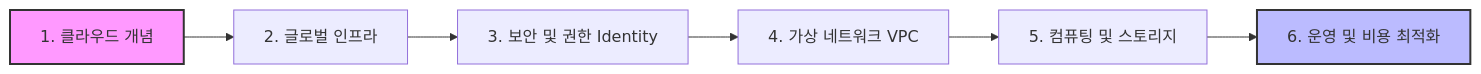
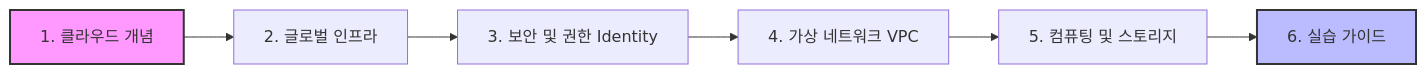
One commit to naaamgi/naaamgi.github.io changed the first of 6 diagrams in _posts/sk/cloud/2025-12-03-cloud_part1_basic.md. Above: the diagram before and after it, drawn with Mermaid. The commit also changed other lines of this file, not shown here.

`````diff
--- a/_posts/sk/cloud/2025-12-03-cloud_part1_basic.md
+++ b/_posts/sk/cloud/2025-12-03-cloud_part1_basic.md
@@ -28,11 +28,11 @@
 ```mermaid
 graph LR
     A[1. 클라우드 개념] --> B[2. 글로벌 인프라]
     B --> C[3. 보안 및 권한 Identity]
     C --> D[4. 가상 네트워크 VPC]
     D --> E[5. 컴퓨팅 및 스토리지]
-    E --> F[6. 운영 및 비용 최적화]
+    E --> F[6. 실습 가이드]
     
     style A fill:#f9f,stroke:#333,stroke-width:2px
     style F fill:#bbf,stroke:#333,stroke-width:2px
 ````
`````
